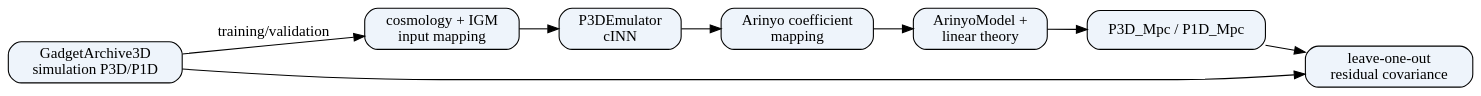
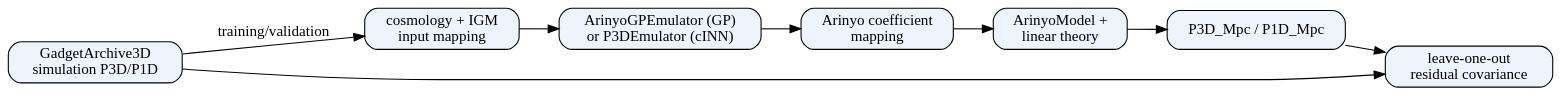
One commit to igmhub/ForestFlow changed the diagram in docs/workflow.rst. Above: the diagram before and after it, drawn with Graphviz. The commit also changed other lines of this file and 260 other files, not shown here.

```diff
--- a/docs/workflow.rst
+++ b/docs/workflow.rst
@@ -11,20 +11,20 @@
 .. graphviz::
 
    digraph forestflow_workflow {
        graph [rankdir=LR, bgcolor="transparent"];
        node [shape=box, style="rounded,filled", fillcolor="#eef4fb"];
        Archive [label="GadgetArchive3D\nsimulation P3D/P1D"];
        Inputs [label="cosmology + IGM\ninput mapping"];
-       Emulator [label="P3DEmulator\ncINN"];
+       Emulator [label="ArinyoGPEmulator (GP)\nor P3DEmulator (cINN)"];
        Coefficients [label="Arinyo coefficient\nmapping"];
        Model [label="ArinyoModel +\nlinear theory"];
        Spectra [label="P3D_Mpc / P1D_Mpc"];
        Validation [label="leave-one-out\nresidual covariance"];
        Archive -> Inputs [label="training/validation"];
        Inputs -> Emulator;
        Emulator -> Coefficients;
        Coefficients -> Model;
        Model -> Spectra;
        Archive -> Validation;
        Spectra -> Validation;
    }
```
